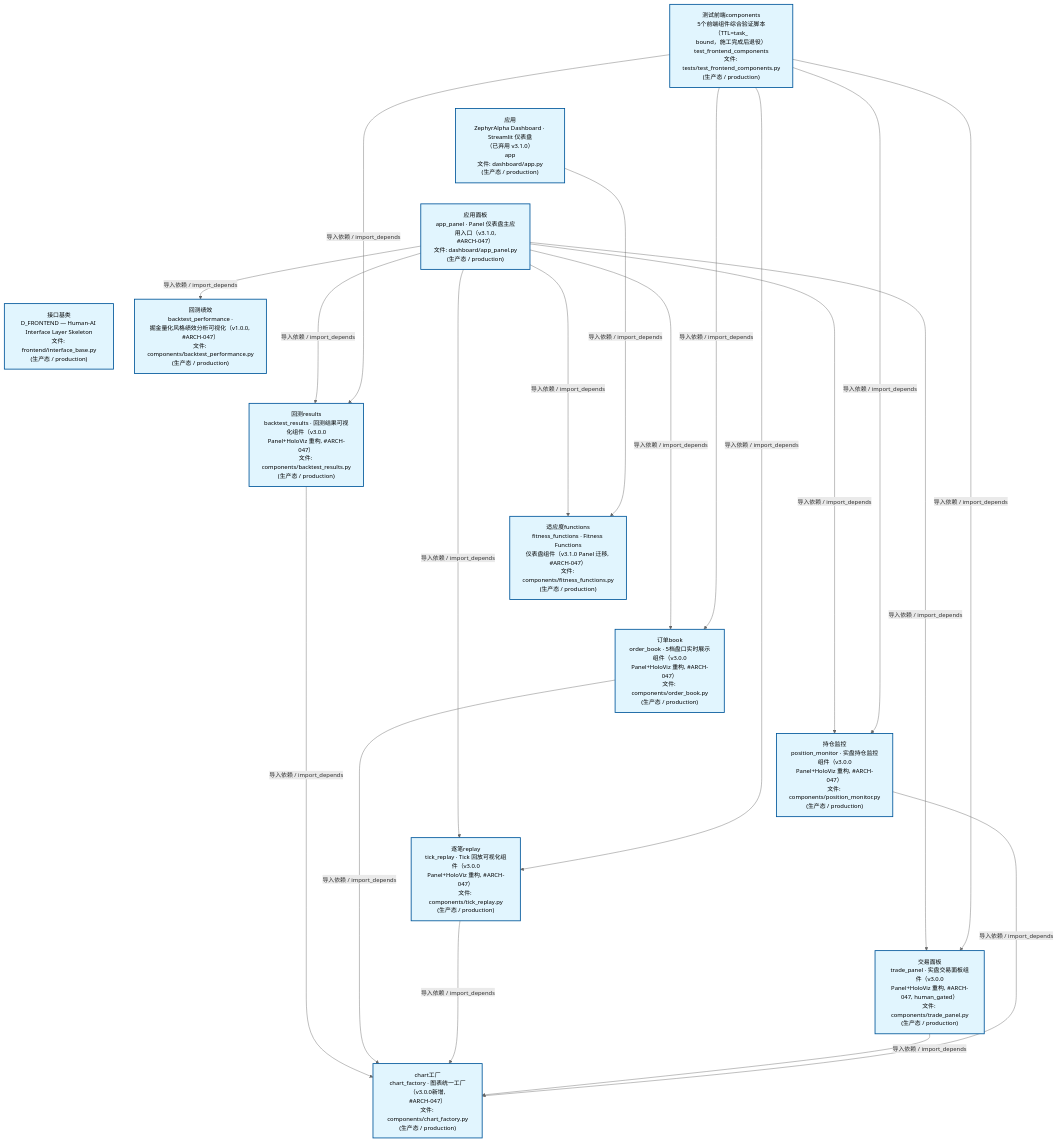
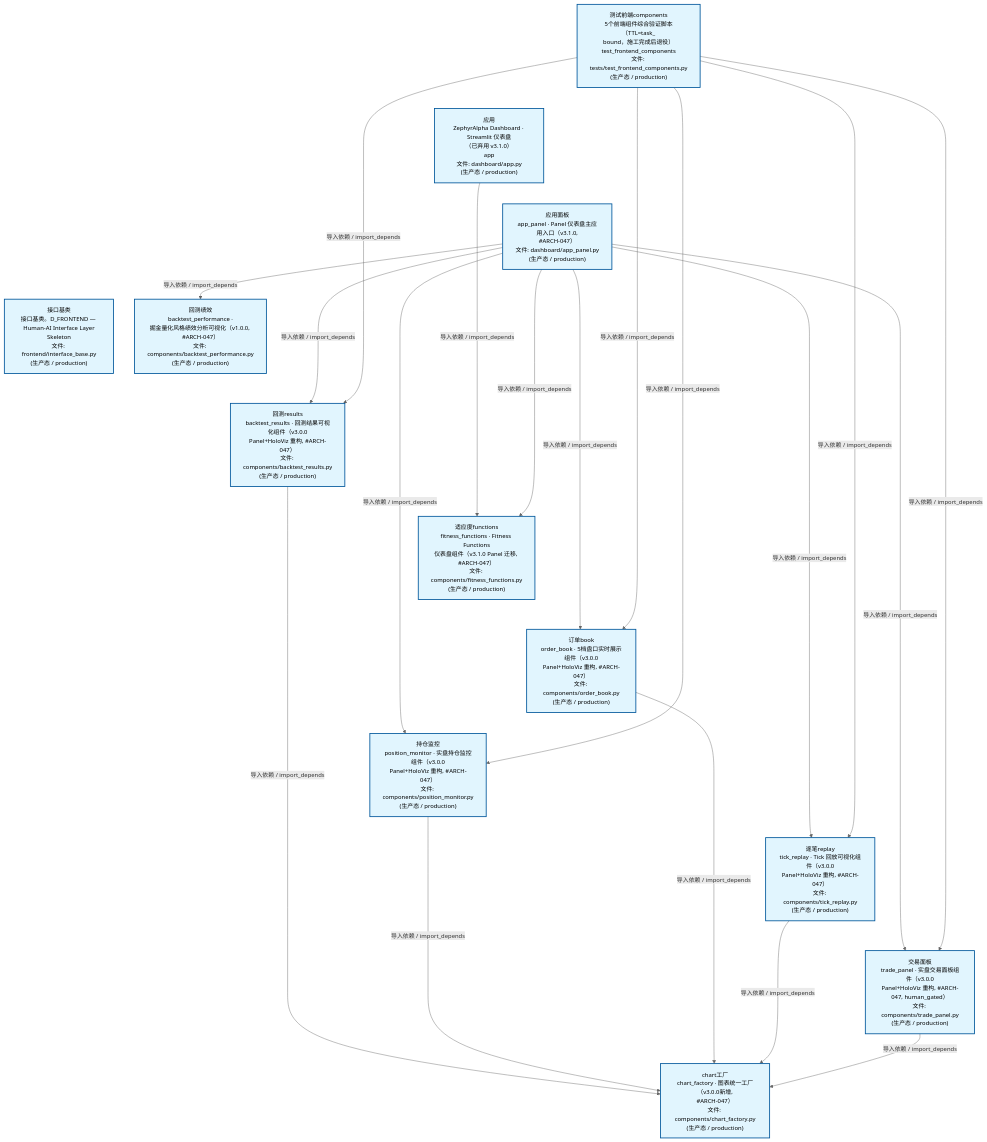
One commit to xuanFelixVan/ZephyrAlpha changed the second of 4 diagrams in docs/02_enterprise_architecture/02_domain_architecture_docs/47_d_frontend.md. Above: the diagram before and after it, drawn with Mermaid. The commit also changed other lines of this file and 61 other files, not shown here.

````diff
--- a/docs/02_enterprise_architecture/02_domain_architecture_docs/47_d_frontend.md
+++ b/docs/02_enterprise_architecture/02_domain_architecture_docs/47_d_frontend.md
@@ -124,48 +124,48 @@
 ```mermaid
 %%{init: {'theme': 'base', 'themeVariables': {'primaryColor': '#eaeaea', 'primaryTextColor': '#333333', 'primaryBorderColor': '#666666', 'lineColor': '#666666', 'secondaryColor': '#eaeaea', 'tertiaryColor': '#eaeaea', 'fontSize': '14px'}}}%%
 flowchart TD
     scripts_tests_test_frontend_components_py["测试前端components<br/>5个前端组件综合验证脚本（TTL=task_<br/>bound，施工完成后退役）<br/>test_frontend_components<br/>文件: tests/test_frontend_components.py<br/>(生产态 / production)"]
     src_zephyr_frontend_dashboard_app_py["应用<br/>ZephyrAlpha Dashboard · Streamlit 仪表盘<br/>（已弃用 v3.1.0）<br/>app<br/>文件: dashboard/app.py<br/>(生产态 / production)"]
     src_zephyr_frontend_dashboard_app_panel_py["应用面板<br/>app_panel · Panel 仪表盘主应用入口（v3.1.0,<br/>#ARCH-047）<br/>文件: dashboard/app_panel.py<br/>(生产态 / production)"]
-    src_zephyr_frontend_interface_base_py["接口基类<br/>D_FRONTEND — Human-AI Interface Layer Skeleton<br/>文件: frontend/interface_base.py<br/>(生产态 / production)"]
+    src_zephyr_frontend_interface_base_py["接口基类<br/>接口基类。D_FRONTEND — Human-AI Interface Layer<br/>Skeleton<br/>文件: frontend/interface_base.py<br/>(生产态 / production)"]
     scripts_tests_test_frontend_components_py ~~~ src_zephyr_frontend_dashboard_app_py
     src_zephyr_frontend_dashboard_app_py ~~~ src_zephyr_frontend_dashboard_app_panel_py
     src_zephyr_frontend_dashboard_app_panel_py ~~~ src_zephyr_frontend_interface_base_py
     src_zephyr_frontend_dashboard_components_backtest_performance_py["回测绩效<br/>backtest_performance ·<br/>掘金量化风格绩效分析可视化（v1.0.0, #ARCH-047）<br/>文件: components/backtest_performance.py<br/>(生产态 / production)"]
     src_zephyr_frontend_dashboard_components_backtest_results_py["回测results<br/>backtest_results · 回测结果可视化组件（v3.0.0<br/>Panel+HoloViz 重构, #ARCH-047）<br/>文件: components/backtest_results.py<br/>(生产态 / production)"]
     src_zephyr_frontend_dashboard_components_fitness_functions_py["适应度functions<br/>fitness_functions · Fitness Functions<br/>仪表盘组件（v3.1.0 Panel 迁移, #ARCH-047）<br/>文件: components/fitness_functions.py<br/>(生产态 / production)"]
     src_zephyr_frontend_dashboard_components_order_book_py["订单book<br/>order_book · 5档盘口实时展示组件（v3.0.0<br/>Panel+HoloViz 重构, #ARCH-047）<br/>文件: components/order_book.py<br/>(生产态 / production)"]
     src_zephyr_frontend_dashboard_components_position_monitor_py["持仓监控<br/>position_monitor · 实盘持仓监控组件（v3.0.0<br/>Panel+HoloViz 重构, #ARCH-047）<br/>文件: components/position_monitor.py<br/>(生产态 / production)"]
     src_zephyr_frontend_dashboard_components_tick_replay_py["逐笔replay<br/>tick_replay · Tick 回放可视化组件（v3.0.0<br/>Panel+HoloViz 重构, #ARCH-047）<br/>文件: components/tick_replay.py<br/>(生产态 / production)"]
     src_zephyr_frontend_dashboard_components_trade_panel_py["交易面板<br/>trade_panel · 实盘交易面板组件（v3.0.0<br/>Panel+HoloViz 重构, #ARCH-047, human_gated）<br/>文件: components/trade_panel.py<br/>(生产态 / production)"]
     src_zephyr_frontend_dashboard_components_backtest_performance_py ~~~ src_zephyr_frontend_dashboard_components_backtest_results_py
     src_zephyr_frontend_dashboard_components_backtest_results_py ~~~ src_zephyr_frontend_dashboard_components_fitness_functions_py
     src_zephyr_frontend_dashboard_components_fitness_functions_py ~~~ src_zephyr_frontend_dashboard_components_order_book_py
     src_zephyr_frontend_dashboard_components_order_book_py ~~~ src_zephyr_frontend_dashboard_components_position_monitor_py
     src_zephyr_frontend_dashboard_components_position_monitor_py ~~~ src_zephyr_frontend_dashboard_components_tick_replay_py
     src_zephyr_frontend_dashboard_components_tick_replay_py ~~~ src_zephyr_frontend_dashboard_components_trade_panel_py
     src_zephyr_frontend_dashboard_components_chart_factory_py["chart工厂<br/>chart_factory · 图表统一工厂（v3.0.0新增,<br/>#ARCH-047）<br/>文件: components/chart_factory.py<br/>(生产态 / production)"]
-    src_zephyr_frontend_dashboard_components_backtest_results_py -->|导入依赖 / import_depends| src_zephyr_frontend_dashboard_components_chart_factory_py
+    src_zephyr_frontend_dashboard_app_py -->|导入依赖 / import_depends| src_zephyr_frontend_dashboard_components_fitness_functions_py
+    src_zephyr_frontend_dashboard_app_panel_py -->|导入依赖 / import_depends| src_zephyr_frontend_dashboard_components_backtest_performance_py
     src_zephyr_frontend_dashboard_app_panel_py -->|导入依赖 / import_depends| src_zephyr_frontend_dashboard_components_backtest_results_py
-    src_zephyr_frontend_dashboard_app_panel_py -->|导入依赖 / import_depends| src_zephyr_frontend_dashboard_components_backtest_performance_py
     src_zephyr_frontend_dashboard_app_panel_py -->|导入依赖 / import_depends| src_zephyr_frontend_dashboard_components_fitness_functions_py
+    src_zephyr_frontend_dashboard_app_panel_py -->|导入依赖 / import_depends| src_zephyr_frontend_dashboard_components_position_monitor_py
     src_zephyr_frontend_dashboard_app_panel_py -->|导入依赖 / import_depends| src_zephyr_frontend_dashboard_components_order_book_py
     src_zephyr_frontend_dashboard_app_panel_py -->|导入依赖 / import_depends| src_zephyr_frontend_dashboard_components_tick_replay_py
     src_zephyr_frontend_dashboard_app_panel_py -->|导入依赖 / import_depends| src_zephyr_frontend_dashboard_components_trade_panel_py
-    src_zephyr_frontend_dashboard_app_panel_py -->|导入依赖 / import_depends| src_zephyr_frontend_dashboard_components_position_monitor_py
-    src_zephyr_frontend_dashboard_app_py -->|导入依赖 / import_depends| src_zephyr_frontend_dashboard_components_fitness_functions_py
+    src_zephyr_frontend_dashboard_components_backtest_results_py -->|导入依赖 / import_depends| src_zephyr_frontend_dashboard_components_chart_factory_py
+    src_zephyr_frontend_dashboard_components_position_monitor_py -->|导入依赖 / import_depends| src_zephyr_frontend_dashboard_components_chart_factory_py
     src_zephyr_frontend_dashboard_components_order_book_py -->|导入依赖 / import_depends| src_zephyr_frontend_dashboard_components_chart_factory_py
     src_zephyr_frontend_dashboard_components_tick_replay_py -->|导入依赖 / import_depends| src_zephyr_frontend_dashboard_components_chart_factory_py
     src_zephyr_frontend_dashboard_components_trade_panel_py -->|导入依赖 / import_depends| src_zephyr_frontend_dashboard_components_chart_factory_py
-    src_zephyr_frontend_dashboard_components_position_monitor_py -->|导入依赖 / import_depends| src_zephyr_frontend_dashboard_components_chart_factory_py
     scripts_tests_test_frontend_components_py -->|导入依赖 / import_depends| src_zephyr_frontend_dashboard_components_backtest_results_py
+    scripts_tests_test_frontend_components_py -->|导入依赖 / import_depends| src_zephyr_frontend_dashboard_components_position_monitor_py
     scripts_tests_test_frontend_components_py -->|导入依赖 / import_depends| src_zephyr_frontend_dashboard_components_order_book_py
     scripts_tests_test_frontend_components_py -->|导入依赖 / import_depends| src_zephyr_frontend_dashboard_components_tick_replay_py
     scripts_tests_test_frontend_components_py -->|导入依赖 / import_depends| src_zephyr_frontend_dashboard_components_trade_panel_py
-    scripts_tests_test_frontend_components_py -->|导入依赖 / import_depends| src_zephyr_frontend_dashboard_components_position_monitor_py
     classDef production fill:#e1f5fe,stroke:#01579b,stroke-width:2px,color:#000
     classDef design fill:#fff3e0,stroke:#e65100,stroke-width:2px,color:#000,stroke-dasharray: 5 5
     classDef external_prod fill:#e8f4fd,stroke:#0277bd,stroke-width:1px,color:#000
     classDef external_design fill:#fff8e7,stroke:#ef6c00,stroke-width:1px,color:#000,stroke-dasharray: 5 5
     class scripts_tests_test_frontend_components_py,src_zephyr_frontend_dashboard_app_py,src_zephyr_frontend_dashboard_app_panel_py,src_zephyr_frontend_dashboard_components_backtest_performance_py,src_zephyr_frontend_dashboard_components_backtest_results_py,src_zephyr_frontend_dashboard_components_chart_factory_py,src_zephyr_frontend_dashboard_components_fitness_functions_py,src_zephyr_frontend_dashboard_components_order_book_py,src_zephyr_frontend_dashboard_components_position_monitor_py,src_zephyr_frontend_dashboard_components_tick_replay_py,src_zephyr_frontend_dashboard_components_trade_panel_py,src_zephyr_frontend_interface_base_py production
 ```
````
